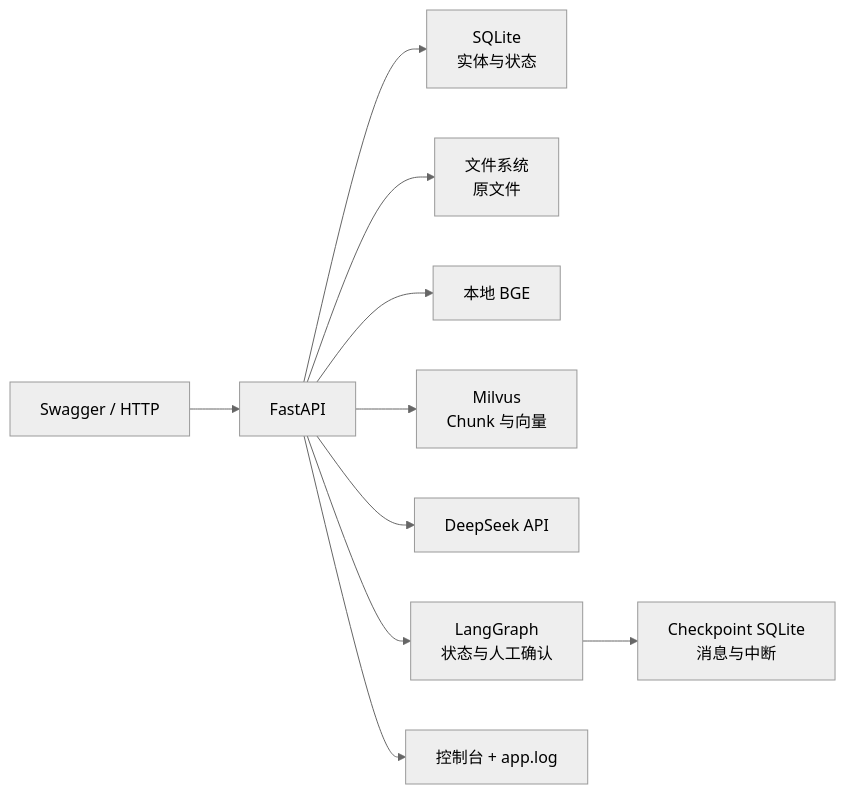
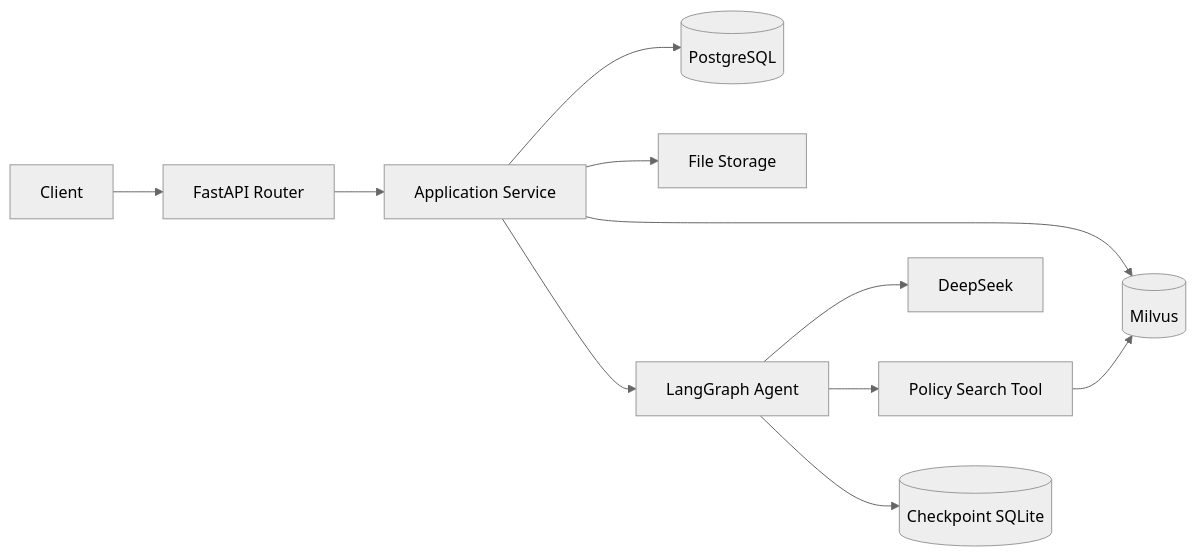
Before and after one commit to yabuki-jou/mini-rag-milvus: the first of 2 diagrams in docs/architecture.md, drawn with Mermaid (neutral theme). The commit also changed other lines of this file and 49 other files, not shown here.

Commit message:
feat: migrate agent business storage to postgresql

````diff
--- a/docs/architecture.md
+++ b/docs/architecture.md
@@ -9,12 +9,13 @@
 ```mermaid
 flowchart LR
-    Client["Swagger / HTTP"] --> API["FastAPI"]
-    API --> SQLite["SQLite\n实体与状态"]
-    API --> Files["文件系统\n原文件"]
-    API --> BGE["本地 BGE"]
-    API --> Milvus["Milvus\nChunk 与向量"]
-    API --> DeepSeek["DeepSeek API"]
-    API --> Graph["LangGraph\n状态与人工确认"]
-    Graph --> Checkpoint["Checkpoint SQLite\n消息与中断"]
-    API --> Logs["控制台 + app.log"]
+    Client --> API[FastAPI Router]
+    API --> Service[Application Service]
+    Service --> PG[(PostgreSQL)]
+    Service --> Files[File Storage]
+    Service --> Milvus[(Milvus)]
+    Service --> Graph[LangGraph Agent]
+    Graph --> DeepSeek[DeepSeek]
+    Graph --> PolicyTool[Policy Search Tool]
+    Graph --> CP[(Checkpoint SQLite)]
+    PolicyTool --> Milvus
 ```
````
